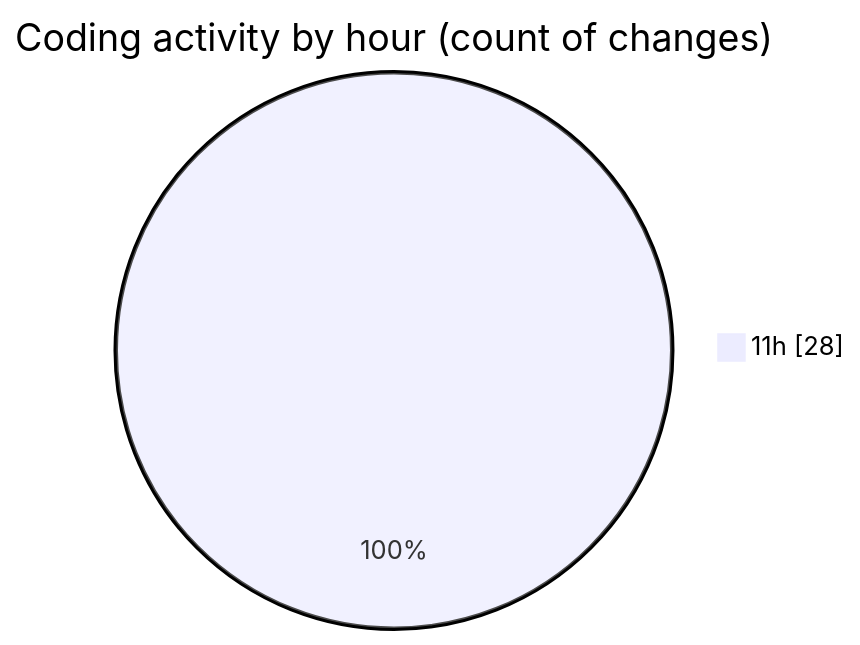
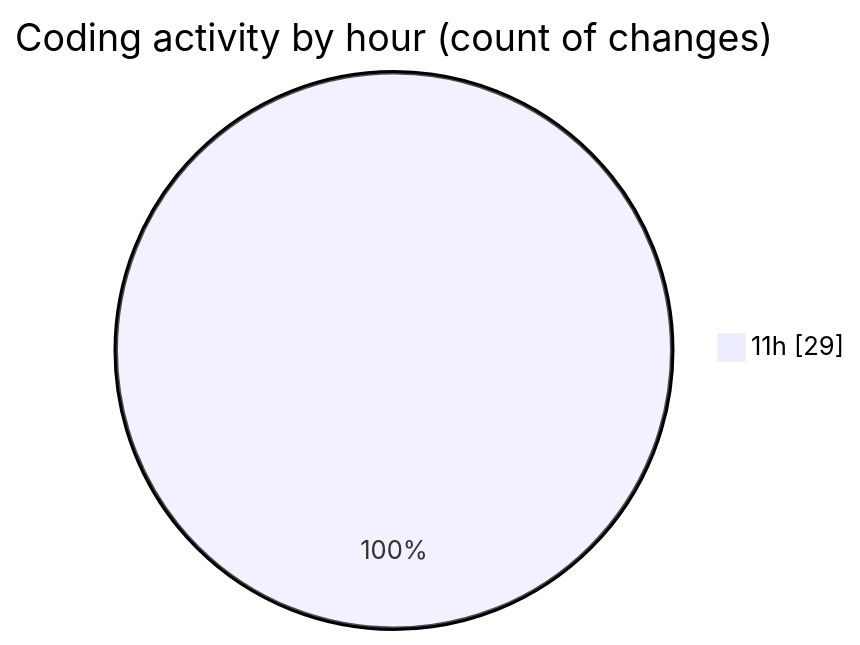
Before and after one commit to nxtqubesakshisongat/code-tracking: the second of 2 diagrams in 2025-11-05/nxtqube_webapp/README.md, drawn with Mermaid. The commit also changed other lines of this file and 1 other file, not shown here.

````diff
--- a/2025-11-05/nxtqube_webapp/README.md
+++ b/2025-11-05/nxtqube_webapp/README.md
@@ -34,5 +36,5 @@
 ```mermaid
 pie showData
 title Coding activity by hour (count of changes)
-"11h" : 28
+"11h" : 29
 ```
````
